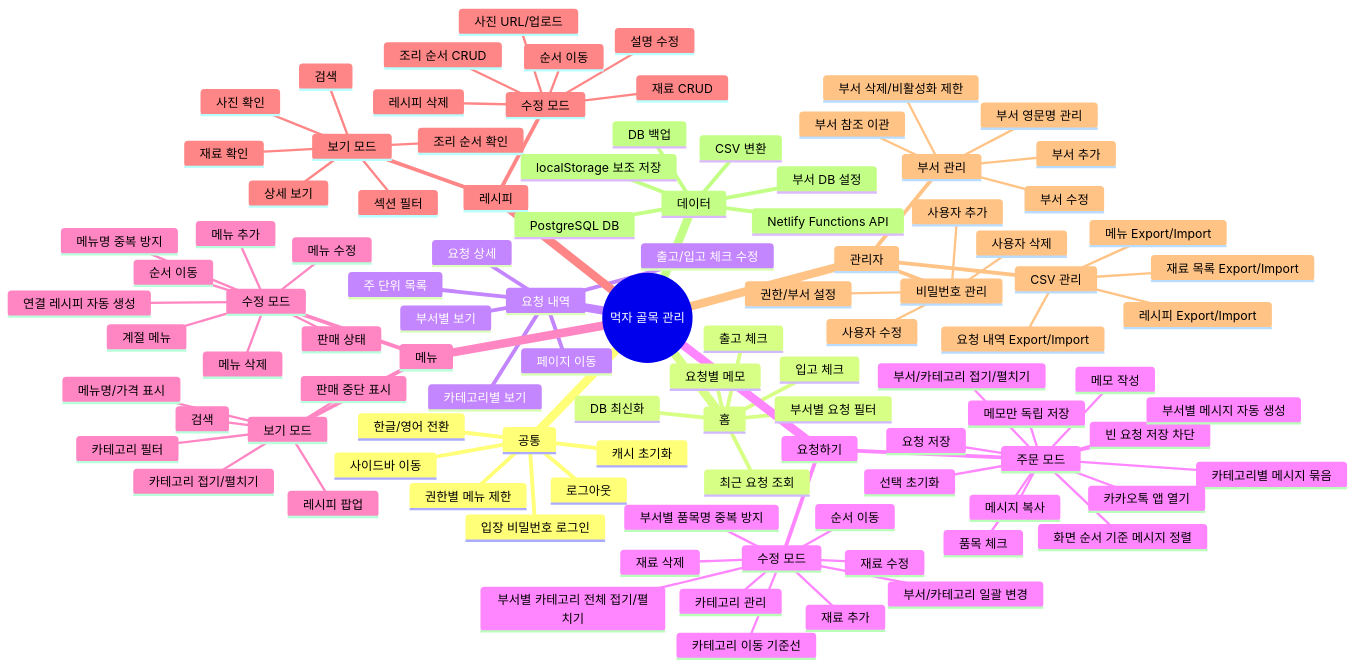
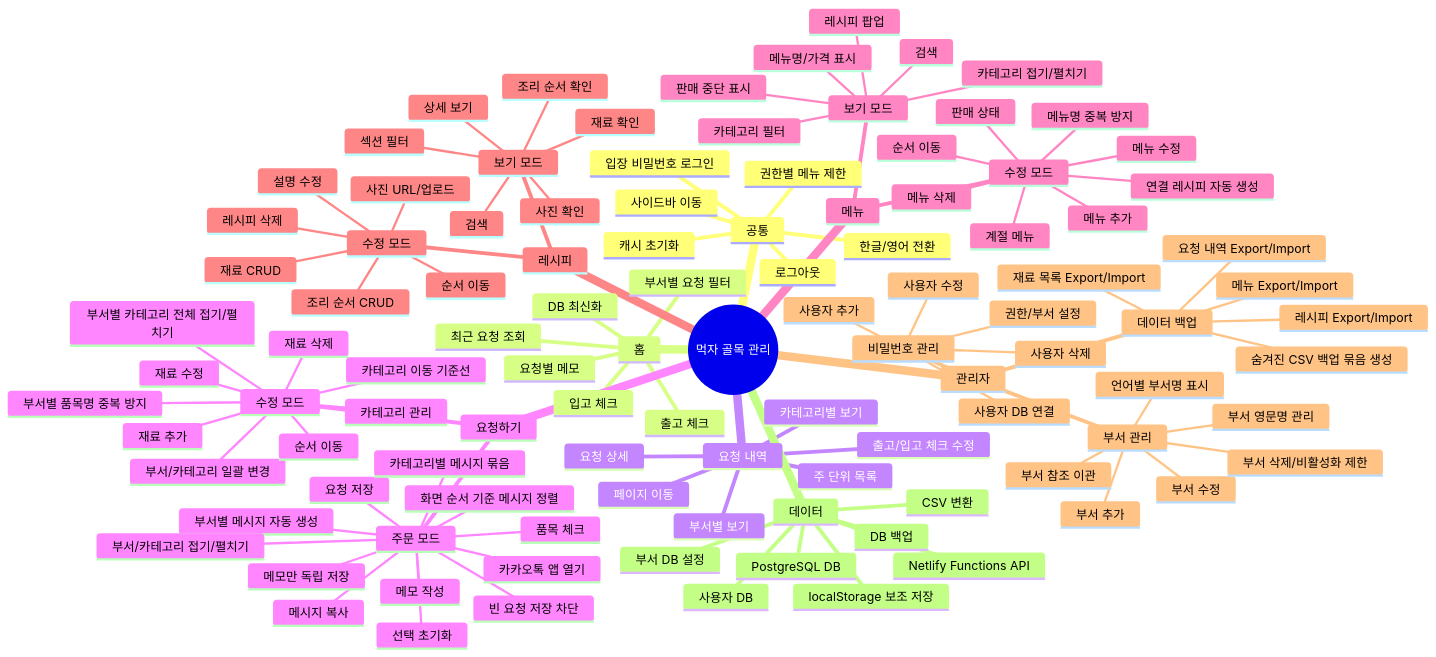
Before and after one commit to itsfreedom/mukja: the diagram in docs/mukja-function-tree-ko.md, drawn with Mermaid. The commit also changed other lines of this file and 16 other files, not shown here.

Commit message:
Prepare admin data backup and user schema

```diff
--- a/docs/mukja-function-tree-ko.md
+++ b/docs/mukja-function-tree-ko.md
@@ -88,25 +88,29 @@
         순서 이동
         레시피 삭제
     관리자
+      부서 관리
+        부서 추가
+        부서 수정
+        부서 삭제/비활성화 제한
+        언어별 부서명 표시
+        부서 영문명 관리
+        부서 참조 이관
       비밀번호 관리
         사용자 추가
         사용자 수정
         사용자 삭제
         권한/부서 설정
-      부서 관리
-        부서 추가
-        부서 수정
-        부서 삭제/비활성화 제한
-        부서 영문명 관리
-        부서 참조 이관
-      CSV 관리
+        사용자 DB 연결
+      데이터 백업
         요청 내역 Export/Import
         재료 목록 Export/Import
         메뉴 Export/Import
         레시피 Export/Import
+        숨겨진 CSV 백업 묶음 생성
     데이터
       Netlify Functions API
       PostgreSQL DB
+      사용자 DB
       부서 DB 설정
       localStorage 보조 저장
       CSV 변환
```
